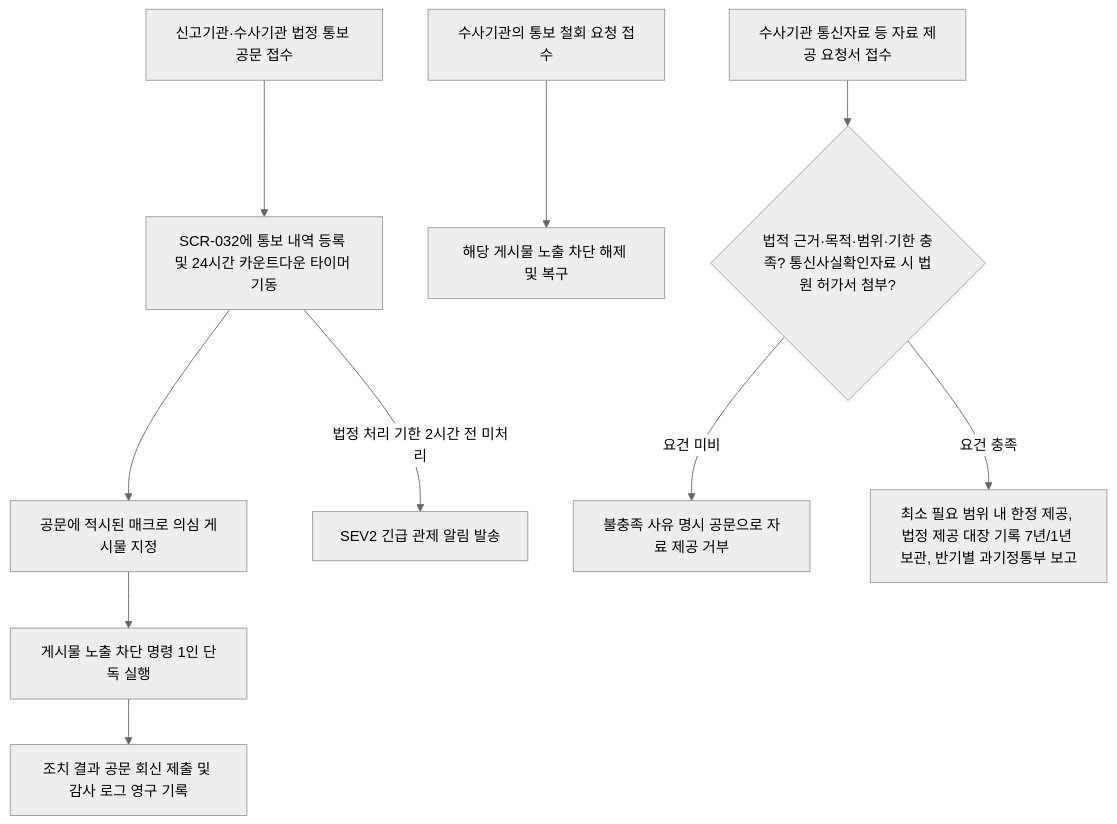
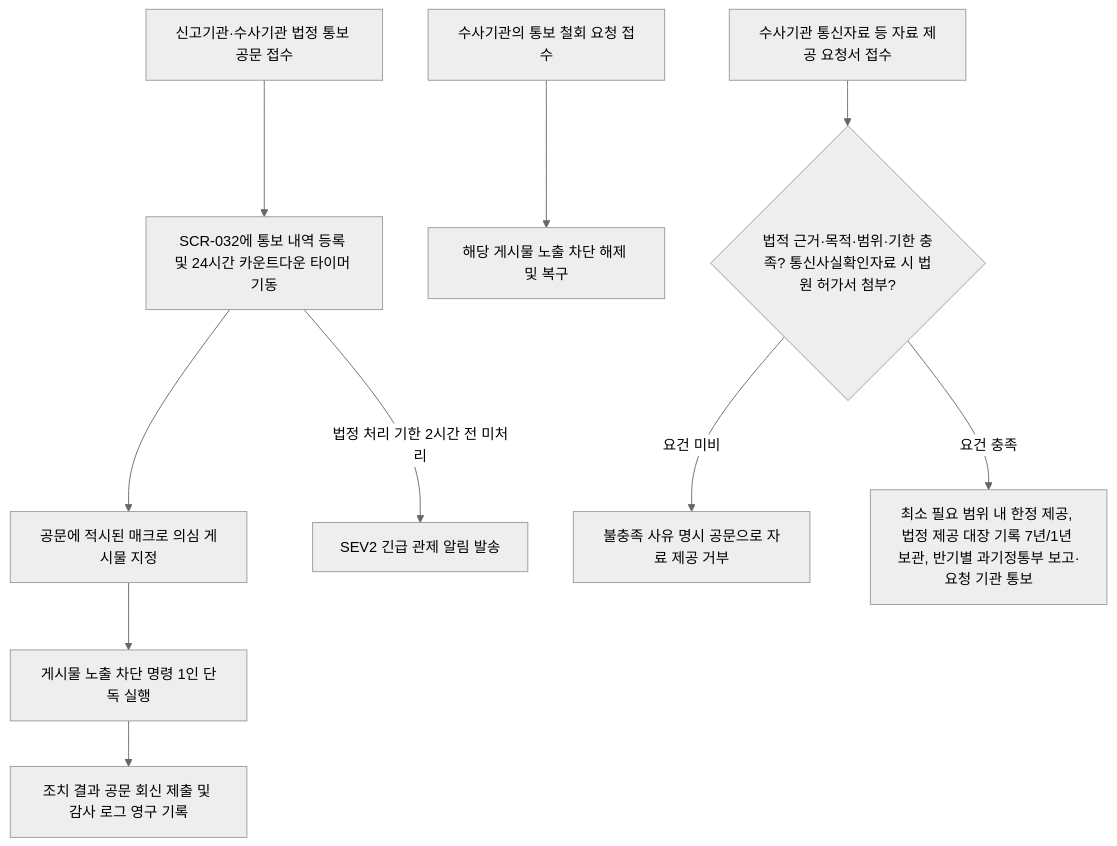
One commit to peaket/peaket changed the seventh of 13 diagrams in planning/04-ia-flows-screens.md. Above: the diagram before and after it, drawn with Mermaid (neutral theme). The commit also changed other lines of this file and 65 other files, not shown here.

````diff
--- a/planning/04-ia-flows-screens.md
+++ b/planning/04-ia-flows-screens.md
@@ -270,11 +270,11 @@
 ```mermaid
 flowchart TD
     A[신고기관·수사기관 법정 통보 공문 접수] --> B[SCR-032에 통보 내역 등록 및 24시간 카운트다운 타이머 기동]
     B --> C[공문에 적시된 매크로 의심 게시물 지정] --> D[게시물 노출 차단 명령 1인 단독 실행]
     D --> E[조치 결과 공문 회신 제출 및 감사 로그 영구 기록]
     B -- 법정 처리 기한 2시간 전 미처리 --> F[SEV2 긴급 관제 알림 발송]
     G[수사기관의 통보 철회 요청 접수] --> H[해당 게시물 노출 차단 해제 및 복구]
     I[수사기관 통신자료 등 자료 제공 요청서 접수] --> J{법적 근거·목적·범위·기한 충족? 통신사실확인자료 시 법원 허가서 첨부?}
     J -- 요건 미비 --> K[불충족 사유 명시 공문으로 자료 제공 거부]
-    J -- 요건 충족 --> L[최소 필요 범위 내 한정 제공, 법정 제공 대장 기록 7년/1년 보관, 반기별 과기정통부 보고]
+    J -- 요건 충족 --> L[최소 필요 범위 내 한정 제공, 법정 제공 대장 기록 7년/1년 보관, 반기별 과기정통부 보고·요청 기관 통보]
 ```
````
